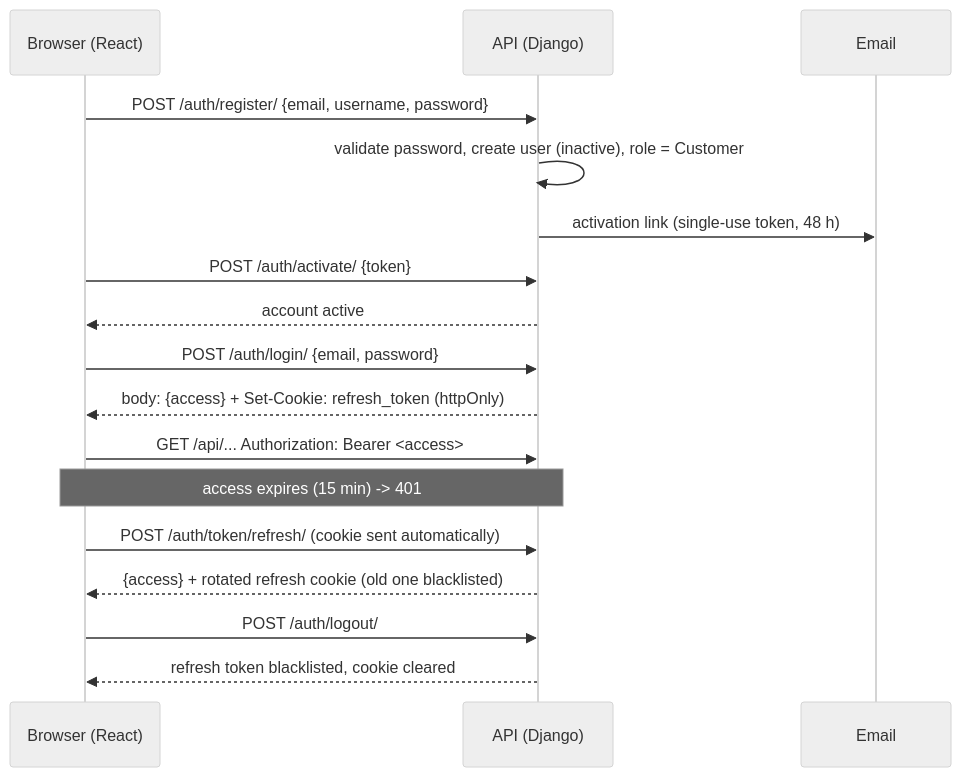
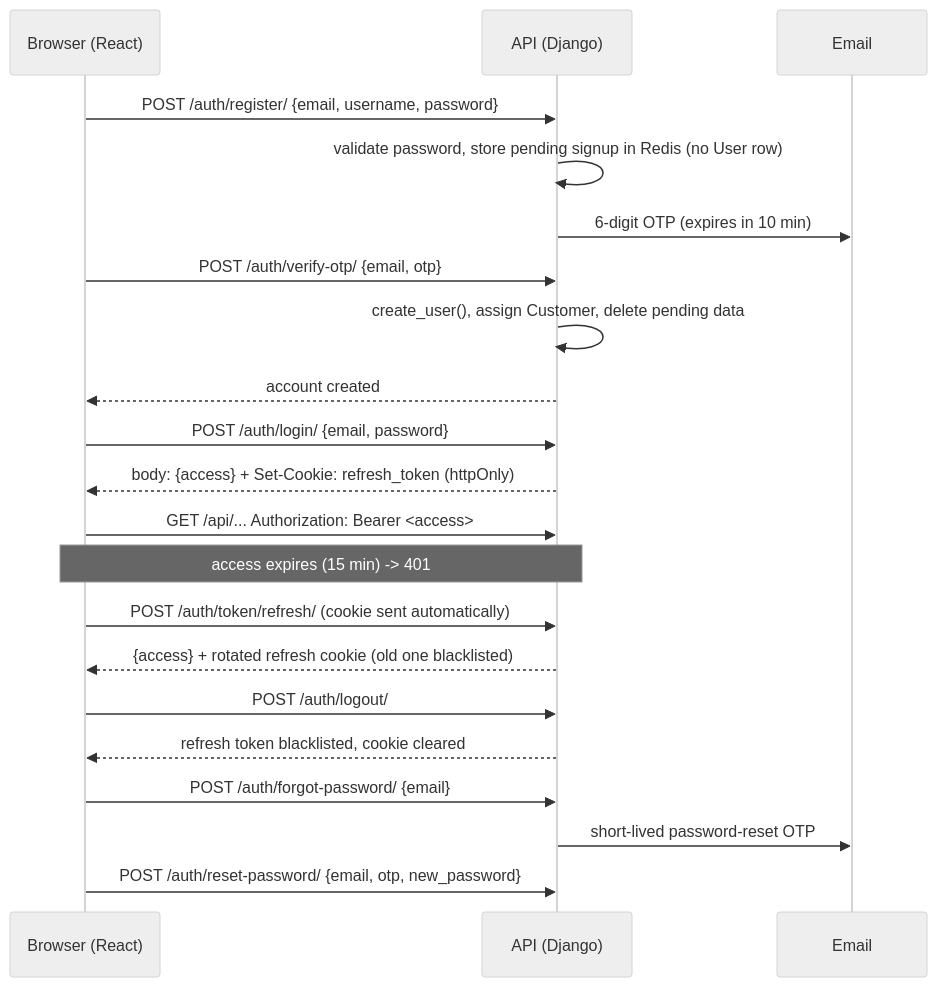
One commit to Deepik-a/Enterprise-Authentication-Role-Based-Access-Control-RBAC-System- changed the first of 2 diagrams in README.md. Above: the diagram before and after it, drawn with Mermaid (neutral theme). The commit also changed other lines of this file and 80 other files, not shown here.

Commit message:
Harden RBAC authentication and account flows

````diff
--- a/README.md
+++ b/README.md
@@ -70,21 +71,25 @@
 ```mermaid
 sequenceDiagram
     participant B as Browser (React)
     participant A as API (Django)
     participant M as Email
 
     B->>A: POST /auth/register/ {email, username, password}
-    A->>A: validate password, create user (inactive), role = Customer
-    A->>M: activation link (single-use token, 48 h)
-    B->>A: POST /auth/activate/ {token}
-    A-->>B: account active
+    A->>A: validate password, store pending signup in Redis (no User row)
+    A->>M: 6-digit OTP (expires in 10 min)
+    B->>A: POST /auth/verify-otp/ {email, otp}
+    A->>A: create_user(), assign Customer, delete pending data
+    A-->>B: account created
 
     B->>A: POST /auth/login/ {email, password}
     A-->>B: body: {access}  +  Set-Cookie: refresh_token (httpOnly)
     B->>A: GET /api/... Authorization: Bearer <access>
     Note over B,A: access expires (15 min) -> 401
     B->>A: POST /auth/token/refresh/ (cookie sent automatically)
     A-->>B: {access} + rotated refresh cookie (old one blacklisted)
     B->>A: POST /auth/logout/
     A-->>B: refresh token blacklisted, cookie cleared
+    B->>A: POST /auth/forgot-password/ {email}
+    A->>M: short-lived password-reset OTP
+    B->>A: POST /auth/reset-password/ {email, otp, new_password}
 ```
````
